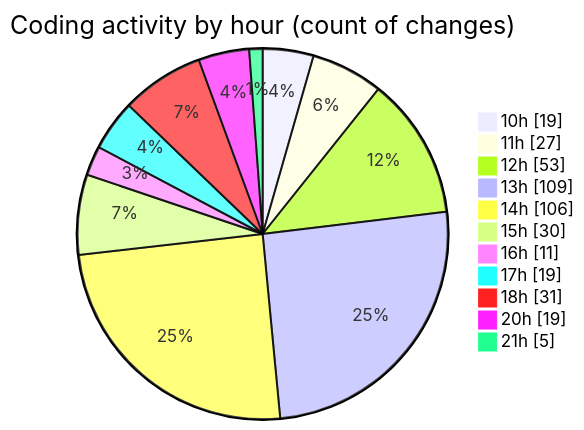
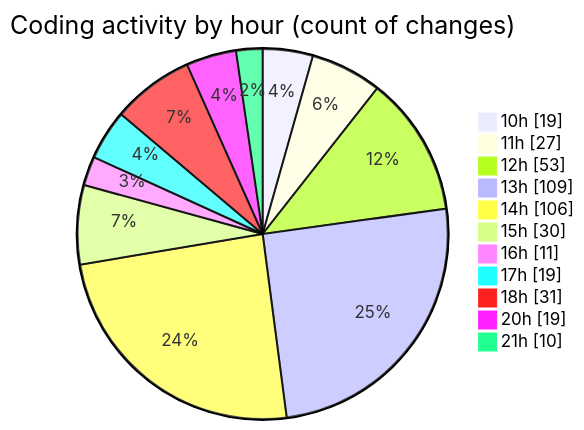
One commit to momahboobian/code-tracking changed the second of 2 diagrams in 2025-03-18/cda/README.md. Above: the diagram before and after it, drawn with Mermaid. The commit also changed other lines of this file and 1 other file, not shown here.

````diff
--- a/2025-03-18/cda/README.md
+++ b/2025-03-18/cda/README.md
@@ -44,15 +44,15 @@
 ```mermaid
 pie showData
 title Coding activity by hour (count of changes)
 "10h" : 19
 "11h" : 27
 "12h" : 53
 "13h" : 109
 "14h" : 106
 "15h" : 30
 "16h" : 11
 "17h" : 19
 "18h" : 31
 "20h" : 19
-"21h" : 5
+"21h" : 10
 ```
````
